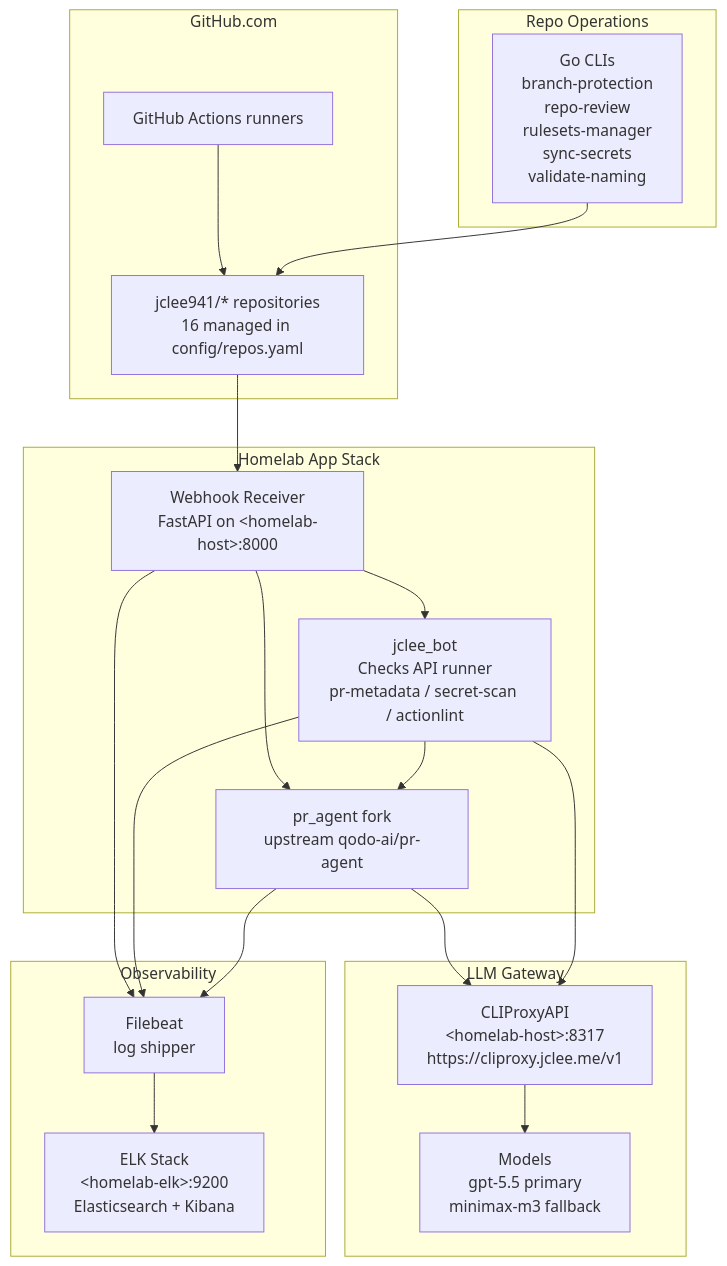
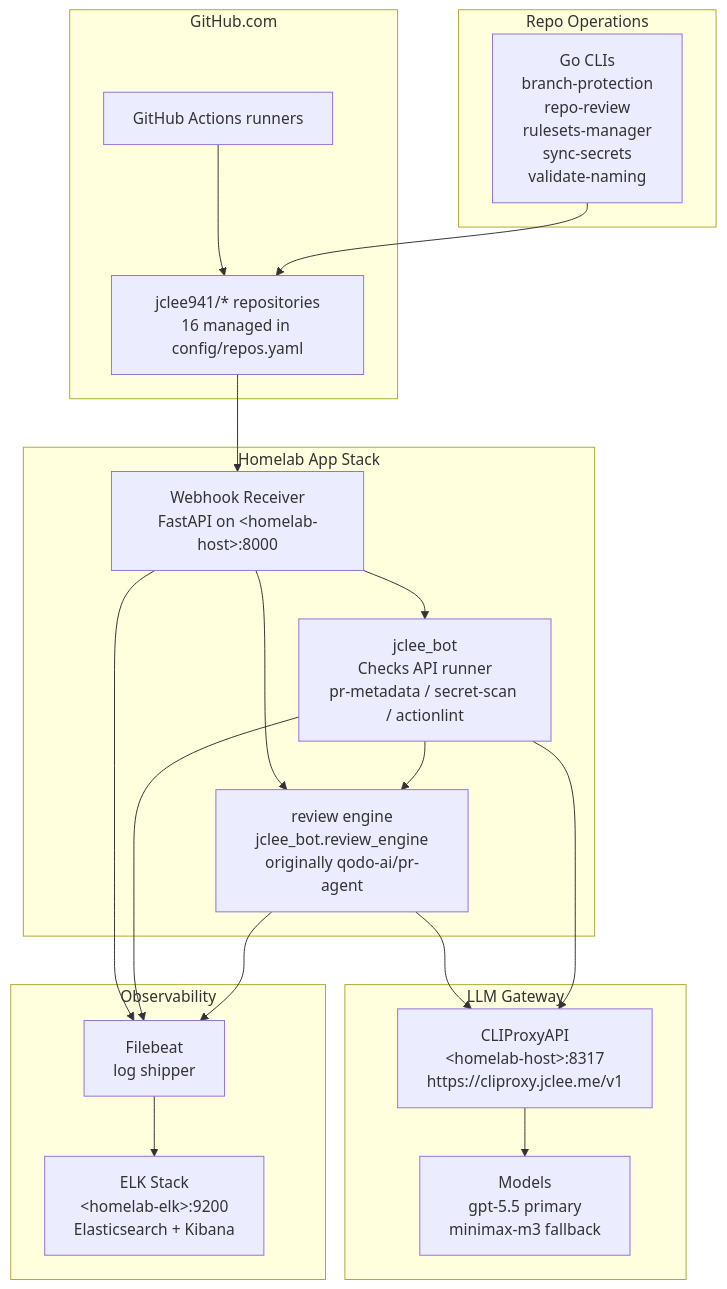
Before and after one commit to jclee941/.github: the diagram in README.md, drawn with Mermaid. The commit also changed other lines of this file and 15 other files, not shown here.

First line of the commit message:
docs: de-fork documentation, scrub upstream framing, cleanup

````diff
--- a/README.md
+++ b/README.md
@@ -98,41 +98,41 @@
 ```mermaid
 flowchart TB
     subgraph GH["GitHub.com"]
         REPO["jclee941/* repositories<br/>16 managed in config/repos.yaml"]
         ACT["GitHub Actions runners"]
     end
 
     subgraph APP["Homelab App Stack"]
         WH["Webhook Receiver<br/>FastAPI on &lt;homelab-host&gt;:8000"]
         BOT["jclee_bot<br/>Checks API runner<br/>pr-metadata / secret-scan / actionlint"]
-        PR["pr_agent fork<br/>upstream qodo-ai/pr-agent"]
+        PR["review engine<br/>jclee_bot.review_engine<br/>originally qodo-ai/pr-agent"]
     end
 
     subgraph LLM["LLM Gateway"]
         CLI["CLIProxyAPI<br/>&lt;homelab-host&gt;:8317<br/>https://cliproxy.jclee.me/v1"]
         MOD["Models<br/>gpt-5.5 primary<br/>minimax-m3 fallback"]
     end
 
     subgraph OBS["Observability"]
         FB["Filebeat<br/>log shipper"]
         ELK["ELK Stack<br/>&lt;homelab-elk&gt;:9200<br/>Elasticsearch + Kibana"]
     end
 
     subgraph OPS["Repo Operations"]
         GO["Go CLIs<br/>branch-protection<br/>repo-review<br/>rulesets-manager<br/>sync-secrets<br/>validate-naming"]
     end
 
     REPO --> WH
     ACT --> REPO
     WH --> BOT
     WH --> PR
     BOT --> PR
     PR --> CLI
     BOT --> CLI
     CLI --> MOD
     WH --> FB
     BOT --> FB
     PR --> FB
     FB --> ELK
     GO --> REPO
 ```
````
